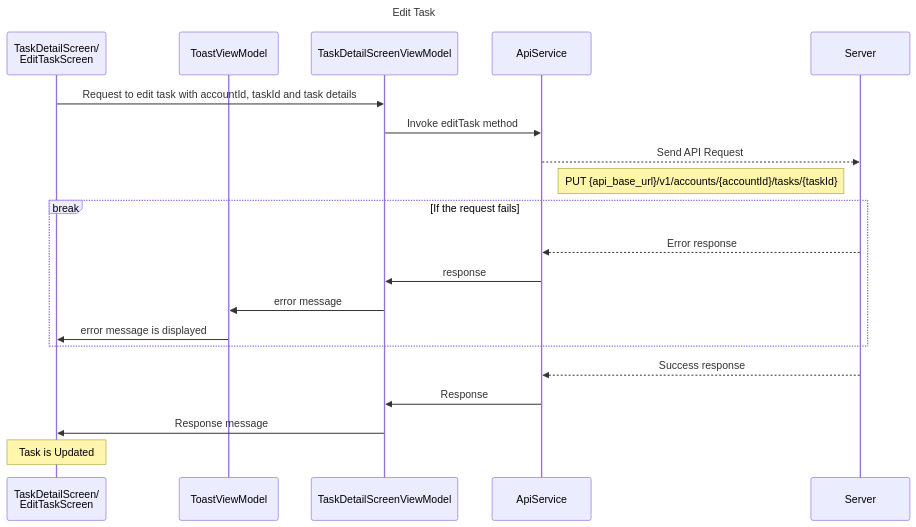
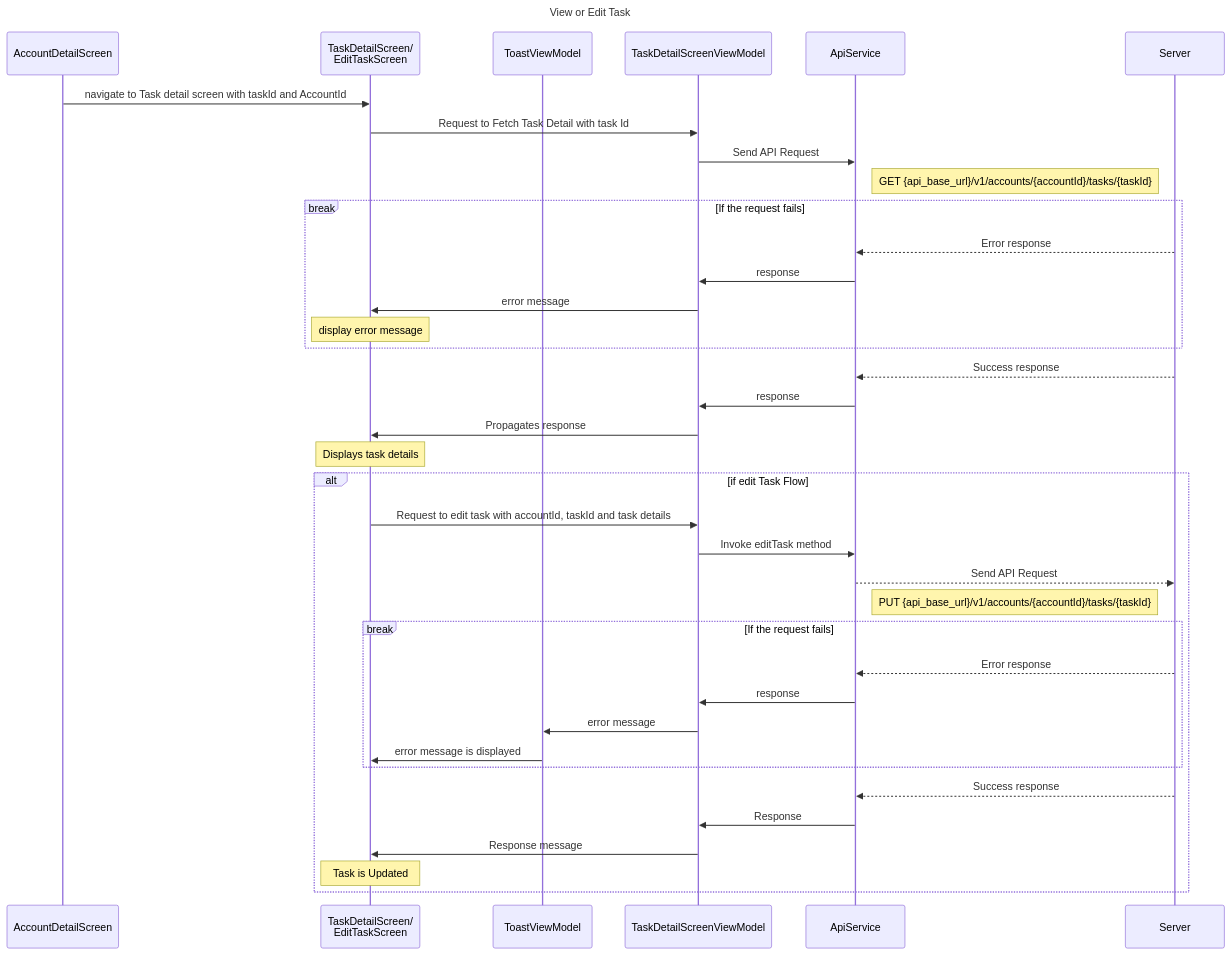
The diagram in flowDiagrams/IOS/TaskDetailScreen.mermaid (TrueSparrowSystems/AI-SalesSparrow-Docs), drawn with Mermaid before and after one commit. The commit also changed 3 other files, not shown here.

Commit message:
Updated Account detail screen flow

```diff
--- a/flowDiagrams/IOS/TaskDetailScreen.mermaid
+++ b/flowDiagrams/IOS/TaskDetailScreen.mermaid
@@ -1,25 +1,45 @@
 sequenceDiagram
-    title Edit Task
+    title View or Edit Task
 
+    participant ADS as AccountDetailScreen
     participant TDS as TaskDetailScreen/<br>EditTaskScreen
     participant TVM as ToastViewModel
     participant TDSVM as TaskDetailScreenViewModel
     participant AS as ApiService
     participant S as Server
 
-    TDS->>TDSVM: Request to edit task with accountId, taskId and task details
-    TDSVM->>AS: Invoke editTask method
-    AS-->>S: Send API Request
-    note right of AS: PUT {api_base_url}/v1/accounts/{accountId}/tasks/{taskId}
+     ADS ->> TDS: navigate to Task detail screen with taskId and AccountId
+        TDS ->> TDSVM: Request to Fetch Task Detail with task Id
+        TDSVM ->> AS: Send API Request
+        note right of AS: GET {api_base_url}/v1/accounts/{accountId}/tasks/{taskId}
 
-    break If the request fails
-        S-->>AS: Error response
+        break If the request fails
+            S-->>AS: Error response
+            AS->>TDSVM: response
+            TDSVM->>TDS: error message
+            note over TDS: display error message
+        end
+
+        S-->>AS: Success response
         AS->>TDSVM: response
-        TDSVM->>TVM: error message
-        TVM->>TDS: error message is displayed
+        TDSVM->>TDS: Propagates response
+        note over TDS: Displays task details
+    
+    alt if edit Task Flow
+        TDS->>TDSVM: Request to edit task with accountId, taskId and task details
+        TDSVM->>AS: Invoke editTask method
+        AS-->>S: Send API Request
+        note right of AS: PUT {api_base_url}/v1/accounts/{accountId}/tasks/{taskId}
+
+        break If the request fails
+            S-->>AS: Error response
+            AS->>TDSVM: response
+            TDSVM->>TVM: error message
+            TVM->>TDS: error message is displayed
+        end
+
+        S-->>AS: Success response
+        AS->>TDSVM: Response
+        TDSVM->>TDS: Response message
+        note over TDS: Task is Updated
     end
-
-    S-->>AS: Success response
-    AS->>TDSVM: Response
-    TDSVM->>TDS: Response message
-    note over TDS: Task is Updated
```
